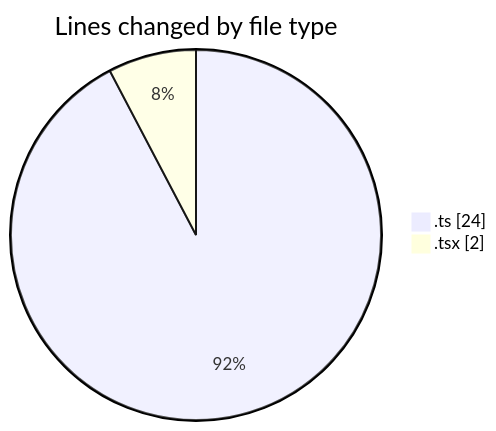
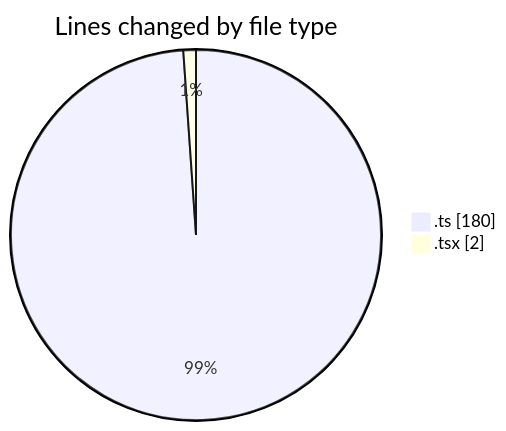
The first of 2 diagrams in 2026-09-09/cda/README.md (momahboobian/code-tracking), drawn with Mermaid before and after one commit. The commit also changed other lines of this file and 1 other file, not shown here.

````diff
--- a/2026-09-09/cda/README.md
+++ b/2026-09-09/cda/README.md
@@ -21,6 +22,6 @@
 ```mermaid
 pie showData
 title Lines changed by file type
-".ts" : 24
+".ts" : 180
 ".tsx" : 2
 ```
````
